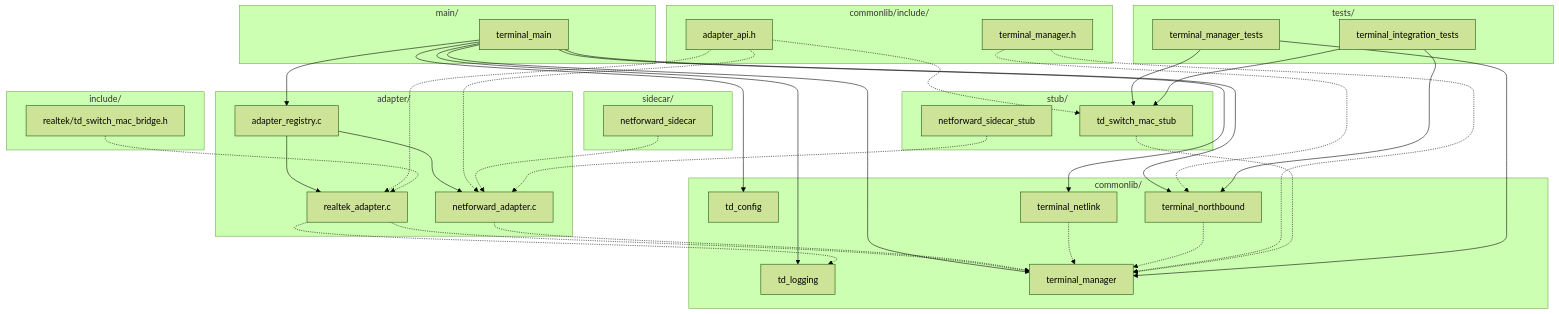
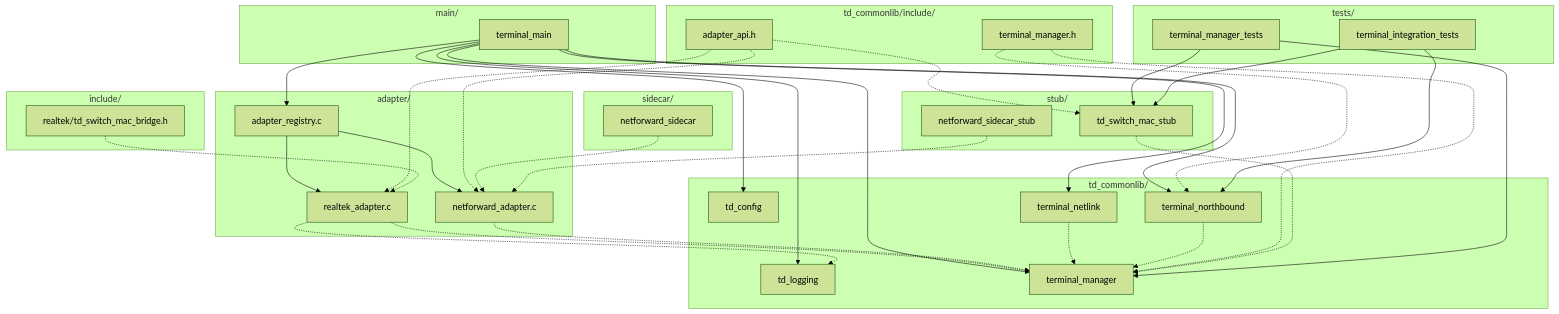
One commit to adinxu/Demo changed the first of 11 diagrams in C++/Windows/CodeBlocks/TerminalDiscovery/doc/design/src_overview.md. Above: the diagram before and after it, drawn with Mermaid (forest theme). The commit also changed other lines of this file and 20 other files, not shown here.

````diff
--- a/C++/Windows/CodeBlocks/TerminalDiscovery/doc/design/src_overview.md
+++ b/C++/Windows/CodeBlocks/TerminalDiscovery/doc/design/src_overview.md
@@ -89,70 +89,70 @@
 ```mermaid
 flowchart TD
     subgraph Adapter["adapter/"]
         RA["realtek_adapter.c"]
         NFA["netforward_adapter.c"]
         REG["adapter_registry.c"]
     end
 
-    subgraph Common["commonlib/"]
+    subgraph Common["td_commonlib/"]
         LOG["td_logging"]
         CFG["td_config"]
         TM["terminal_manager"]
         NL["terminal_netlink"]
         NB["terminal_northbound"]
     end
 
-  subgraph CommonInclude["commonlib/include/"]
+  subgraph CommonInclude["td_commonlib/include/"]
     API["adapter_api.h"]
     TMH["terminal_manager.h"]
   end
 
   subgraph PlatformInclude["include/"]
     RTLH["realtek/td_switch_mac_bridge.h"]
   end
 
   subgraph Sidecar["sidecar/"]
     NFS["netforward_sidecar"]
   end
 
   subgraph Stub["stub/"]
     MACStub["td_switch_mac_stub"]
     NFStub["netforward_sidecar_stub"]
   end
 
   subgraph Tests["tests/"]
     TmUT["terminal_manager_tests"]
     TiIT["terminal_integration_tests"]
   end
 
     subgraph Main["main/"]
         ENTRY["terminal_main"]
     end
 
     REG --> RA
     REG --> NFA
     ENTRY --> CFG
     ENTRY --> LOG
     ENTRY --> REG
     ENTRY --> TM
     ENTRY --> NL
     ENTRY --> NB
     RA -.-> LOG
     RA -.-> TM
     NFA -.-> TM
     NL -.-> TM
     NB -.-> TM
   API -.-> RA
   API -.-> NFA
   API -.-> MACStub
   TMH -.-> TM
   TMH -.-> NB
   RTLH -.-> RA
   MACStub -.-> TM
   NFS -.-> NFA
   NFStub -.-> NFA
   TmUT --> TM
   TmUT --> MACStub
   TiIT --> NB
   TiIT --> MACStub
 ```
````
